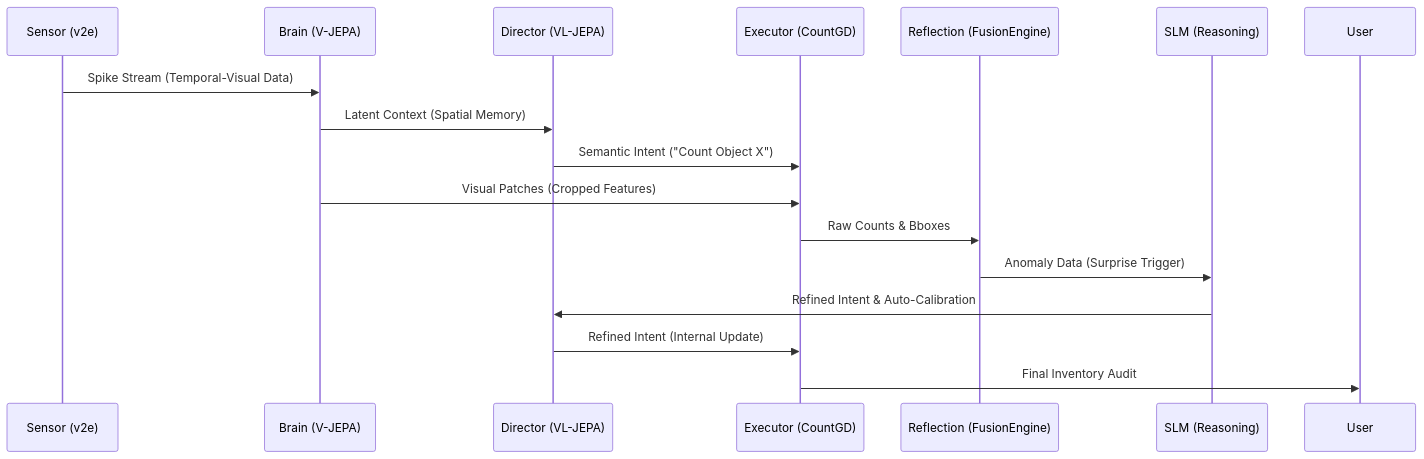
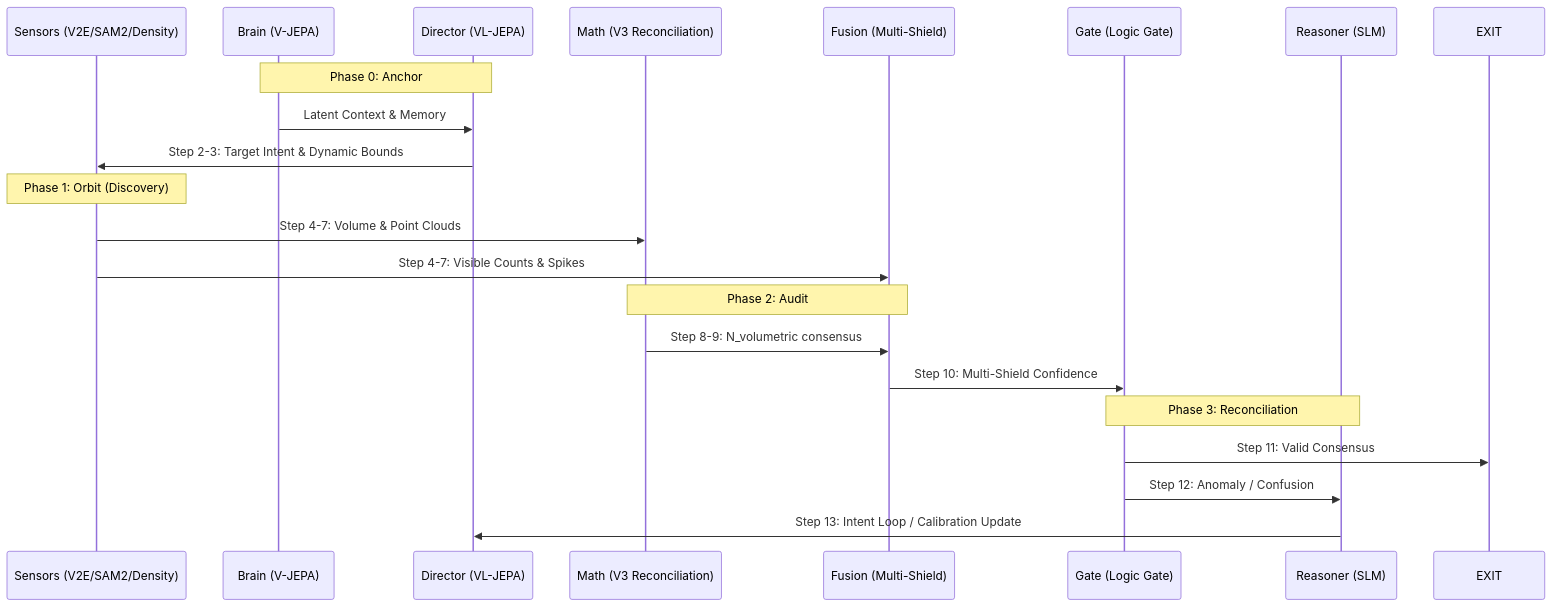
The diagram in Data_Flow_Diagram.md (Yonnnnnnnnn/numeri-vjepa-experiment), drawn with Mermaid before and after one commit. The commit also changed 153 other files, not shown here.

````diff
--- a/Data_Flow_Diagram.md
+++ b/Data_Flow_Diagram.md
@@ -24,19 +24,27 @@
 ```mermaid
 sequenceDiagram
-    participant S as Sensor (v2e)
+    participant S as Sensors (V2E/SAM2/Density)
     participant B as Brain (V-JEPA)
     participant D as Director (VL-JEPA)
-    participant E as Executor (CountGD)
-    participant R as Reflection (FusionEngine)
-    participant S2 as SLM (Reasoning)
+    participant M as Math (V3 Reconciliation)
+    participant F as Fusion (Multi-Shield)
+    participant G as Gate (Logic Gate)
+    participant R as Reasoner (SLM)
 
-    S->>B: Spike Stream (Temporal-Visual Data)
-    B->>D: Latent Context (Spatial Memory)
-    D->>E: Semantic Intent ("Count Object X")
-    B->>E: Visual Patches (Cropped Features)
-    E->>R: Raw Counts & Bboxes
-    R->>S2: Anomaly Data (Surprise Trigger)
-    S2->>D: Refined Intent & Auto-Calibration
-    D->>E: Refined Intent (Internal Update)
-    E->>User: Final Inventory Audit
+    Note over B,D: Phase 0: Anchor
+    B->>D: Latent Context & Memory
+    D->>S: Step 2-3: Target Intent & Dynamic Bounds
+
+    Note over S: Phase 1: Orbit (Discovery)
+    S->>M: Step 4-7: Volume & Point Clouds
+    S->>F: Step 4-7: Visible Counts & Spikes
+
+    Note over M,F: Phase 2: Audit
+    M->>F: Step 8-9: N_volumetric consensus
+    F->>G: Step 10: Multi-Shield Confidence
+
+    Note over G,R: Phase 3: Reconciliation
+    G->>EXIT: Step 11: Valid Consensus
+    G->>R: Step 12: Anomaly / Confusion
+    R->>D: Step 13: Intent Loop / Calibration Update
 ```
````
